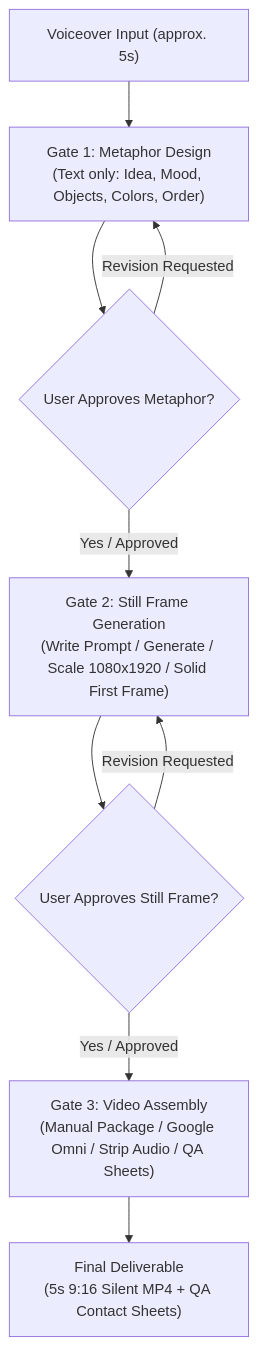
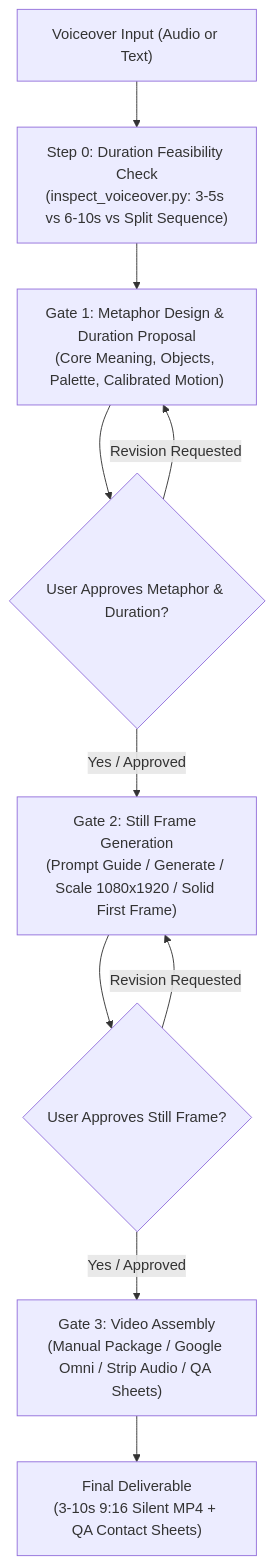
The diagram in SKILL.md (LiteSoul/gbro-collage-broll), drawn with Mermaid before and after one commit. The commit also changed other lines of this file and 5 other files, not shown here.

````diff
--- a/SKILL.md
+++ b/SKILL.md
@@ -78,11 +84,12 @@
 ```mermaid
 flowchart TD
-    A["Voiceover Input (approx. 5s)"] --> B["Gate 1: Metaphor Design<br/>(Text only: Idea, Mood, Objects, Colors, Order)"]
-    B --> C{"User Approves Metaphor?"}
+    A["Voiceover Input (Audio or Text)"] --> A0["Step 0: Duration Feasibility Check<br/>(inspect_voiceover.py: 3-5s vs 6-10s vs Split Sequence)"]
+    A0 --> B["Gate 1: Metaphor Design & Duration Proposal<br/>(Core Meaning, Objects, Palette, Calibrated Motion)"]
+    B --> C{"User Approves Metaphor & Duration?"}
     C -- Revision Requested --> B
-    C -- "Yes / Approved" --> D["Gate 2: Still Frame Generation<br/>(Write Prompt / Generate / Scale 1080x1920 / Solid First Frame)"]
+    C -- "Yes / Approved" --> D["Gate 2: Still Frame Generation<br/>(Prompt Guide / Generate / Scale 1080x1920 / Solid First Frame)"]
     D --> E{"User Approves Still Frame?"}
     E -- Revision Requested --> D
     E -- "Yes / Approved" --> F["Gate 3: Video Assembly<br/>(Manual Package / Google Omni / Strip Audio / QA Sheets)"]
-    F --> G["Final Deliverable<br/>(5s 9:16 Silent MP4 + QA Contact Sheets)"]
+    F --> G["Final Deliverable<br/>(3-10s 9:16 Silent MP4 + QA Contact Sheets)"]
 ```
````
